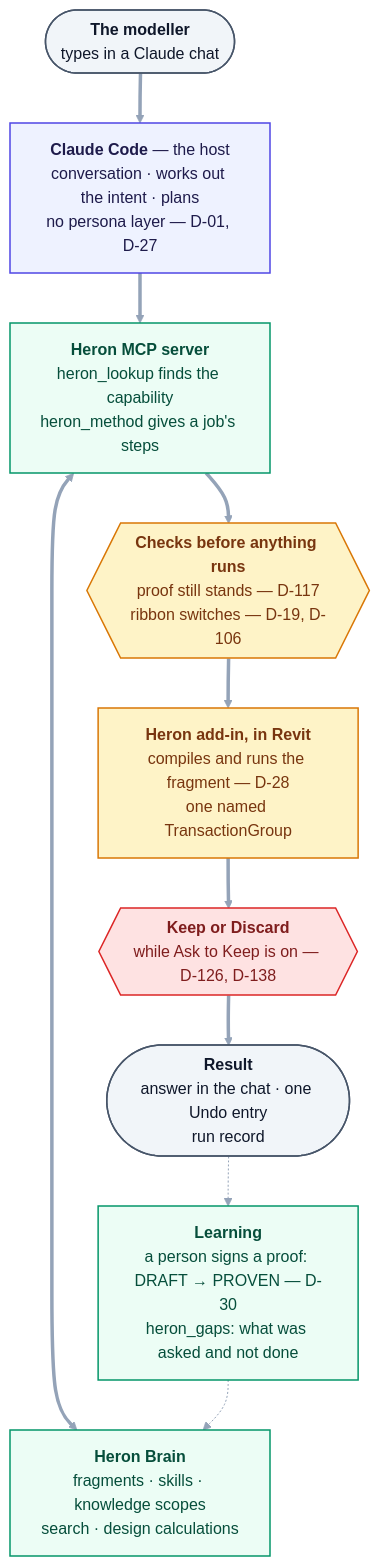
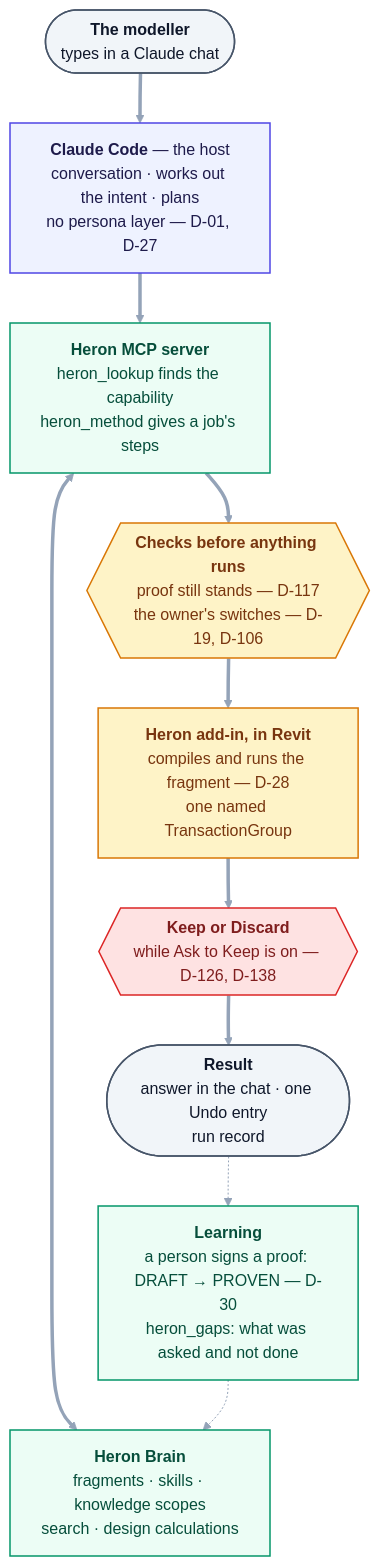
Before and after one commit to Ajmalpshaik/Heron-AI: the first of 4 diagrams in docs/00-master-specification.md, drawn with Mermaid. The commit also changed other lines of this file and 14 other files, not shown here.

````diff
--- a/docs/00-master-specification.md
+++ b/docs/00-master-specification.md
@@ -172,30 +172,30 @@
 ```mermaid
 %%{init: {"themeVariables": {"edgeLabelBackground":"#F1F5F9","lineColor":"#94A3B8","textColor":"#0F172A","tertiaryTextColor":"#0F172A"}}}%%
 flowchart TD
     U(["<b>The modeller</b><br/>types in a Claude chat"])
     CC["<b>Claude Code</b> — the host<br/>conversation · works out the intent · plans<br/>no persona layer — D-01, D-27"]
     MS["<b>Heron MCP server</b><br/>heron_lookup finds the capability<br/>heron_method gives a job's steps"]
     BR["<b>Heron Brain</b><br/>fragments · skills · knowledge scopes<br/>search · design calculations"]
-    G{{"<b>Checks before anything runs</b><br/>proof still stands — D-117<br/>ribbon switches — D-19, D-106"}}
+    G{{"<b>Checks before anything runs</b><br/>proof still stands — D-117<br/>the owner's switches — D-19, D-106"}}
     AD["<b>Heron add-in, in Revit</b><br/>compiles and runs the fragment — D-28<br/>one named TransactionGroup"]
     K{{"<b>Keep or Discard</b><br/>while Ask to Keep is on — D-126, D-138"}}
     R(["<b>Result</b><br/>answer in the chat · one Undo entry<br/>run record"])
     L["<b>Learning</b><br/>a person signs a proof: DRAFT → PROVEN — D-30<br/>heron_gaps: what was asked and not done"]
 
     U ==> CC ==> MS
     MS <==> BR
     MS ==> G ==> AD ==> K ==> R
     R -.-> L
     L -.-> BR
 
     classDef user fill:#F1F5F9,stroke:#475569,stroke-width:1.5px,color:#0F172A
     classDef host fill:#EEF2FF,stroke:#4F46E5,stroke-width:1.5px,color:#1E1B4B
     classDef brain fill:#ECFDF5,stroke:#059669,stroke-width:1.5px,color:#064E3B
     classDef addin fill:#FEF3C7,stroke:#D97706,stroke-width:1.5px,color:#78350F
     classDef revit fill:#FEE2E2,stroke:#DC2626,stroke-width:1.5px,color:#7F1D1D
     class U,R user
     class CC host
     class MS,BR,L brain
     class G,AD addin
     class K revit
 ```
````
